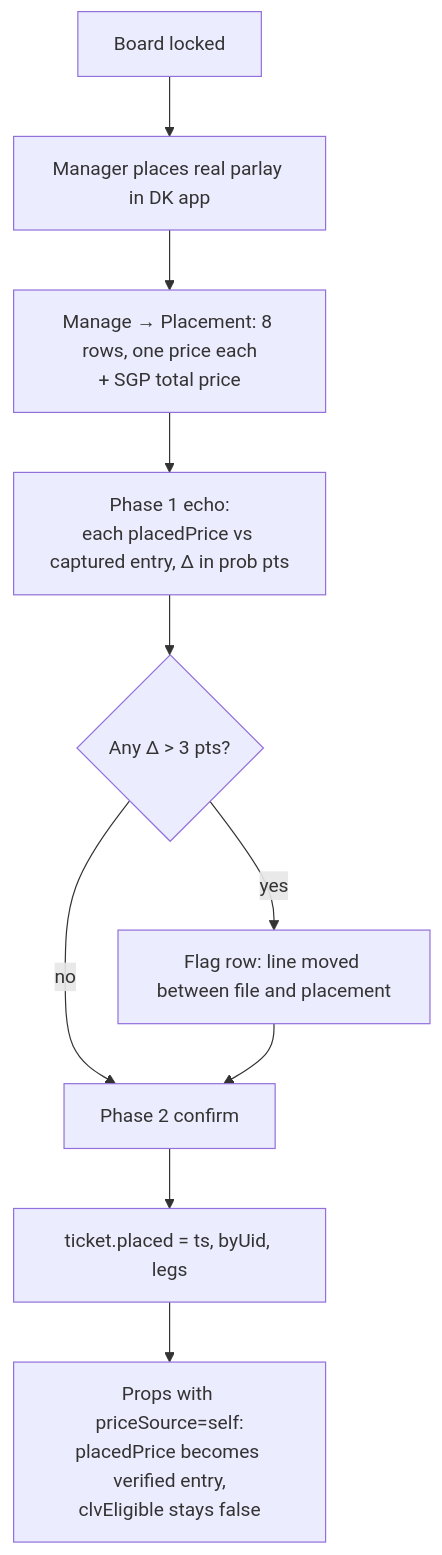
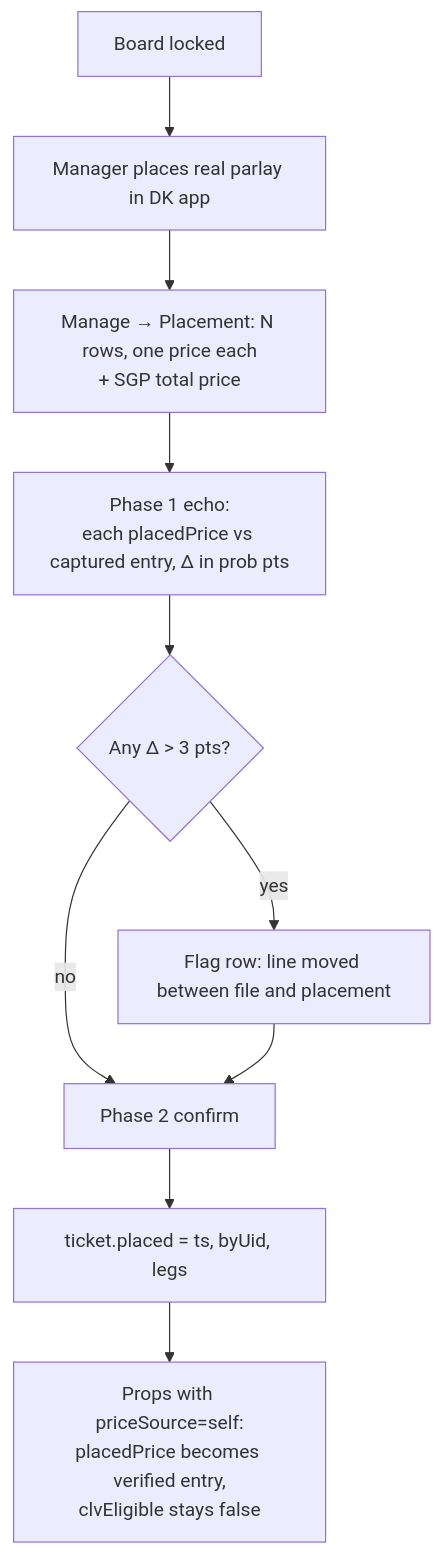
Before and after one commit to JKapcar/data-dawgs: the ninth of 11 diagrams in docs/bozo-workplan.md, drawn with Mermaid. The commit also changed other lines of this file, not shown here.

````diff
--- a/docs/bozo-workplan.md
+++ b/docs/bozo-workplan.md
@@ -334,12 +342,12 @@
 ```mermaid
 flowchart TD
   P0[Board locked] --> P1[Manager places real parlay in DK app]
-  P1 --> P2[Manage → Placement: 8 rows, one price each<br/>+ SGP total price]
+  P1 --> P2[Manage → Placement: N rows, one price each<br/>+ SGP total price]
   P2 --> P3[Phase 1 echo:<br/>each placedPrice vs captured entry, Δ in prob pts]
   P3 --> P4{Any Δ > 3 pts?}
   P4 -- yes --> P5[Flag row: line moved between file and placement]
   P4 -- no --> P6
   P5 --> P6[Phase 2 confirm]
   P6 --> P7[ticket.placed = ts, byUid, legs]
   P7 --> P8[Props with priceSource=self:<br/>placedPrice becomes verified entry,<br/>clvEligible stays false]
 ```
````
